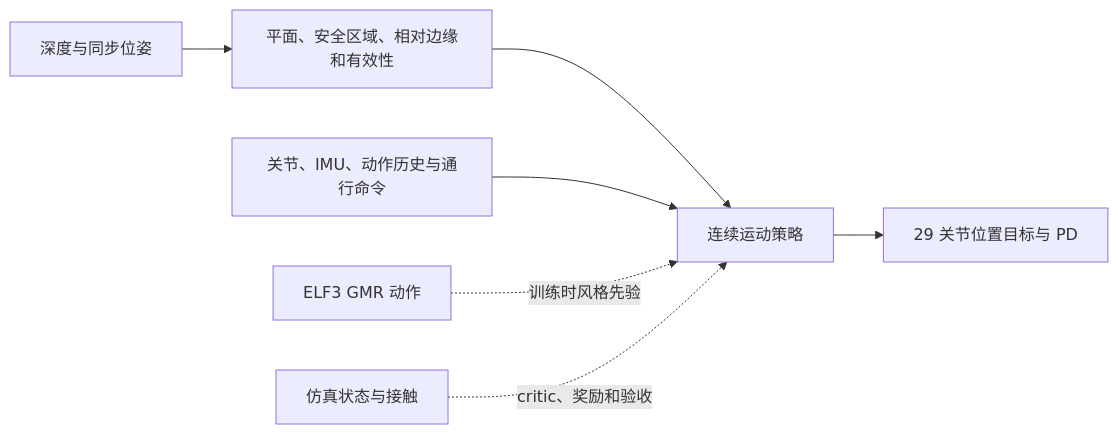
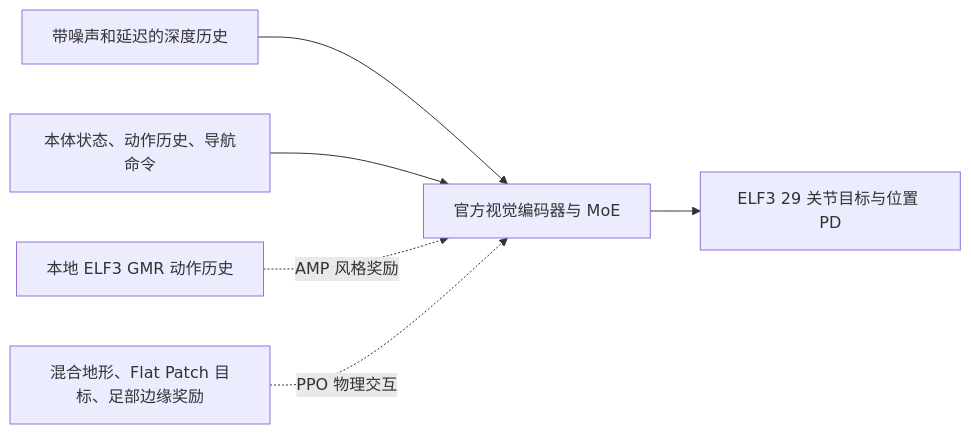
The diagram in docs/hiking_mainline.md (hywxj/RepoCopilot), drawn with Mermaid before and after one commit. The commit also changed other lines of this file and 44 other files, not shown here.

````diff
--- a/docs/hiking_mainline.md
+++ b/docs/hiking_mainline.md
@@ -15,9 +9,8 @@
 ```mermaid
 flowchart LR
-    A[深度与同步位姿] --> B[平面、安全区域、相对边缘和有效性]
-    B --> C[连续运动策略]
-    D[关节、IMU、动作历史与通行命令] --> C
-    C --> E[29 关节位置目标与 PD]
-    F[ELF3 GMR 动作] -. 训练时风格先验 .-> C
-    G[仿真状态与接触] -. critic、奖励和验收 .-> C
+    A[带噪声和延迟的深度历史] --> B[官方视觉编码器与 MoE]
+    C[本体状态、动作历史、导航命令] --> B
+    B --> D[ELF3 29 关节目标与位置 PD]
+    E[本地 ELF3 GMR 动作历史] -. AMP 风格奖励 .-> B
+    F[混合地形、Flat Patch 目标、足部边缘奖励] -. PPO 物理交互 .-> B
 ```
````
